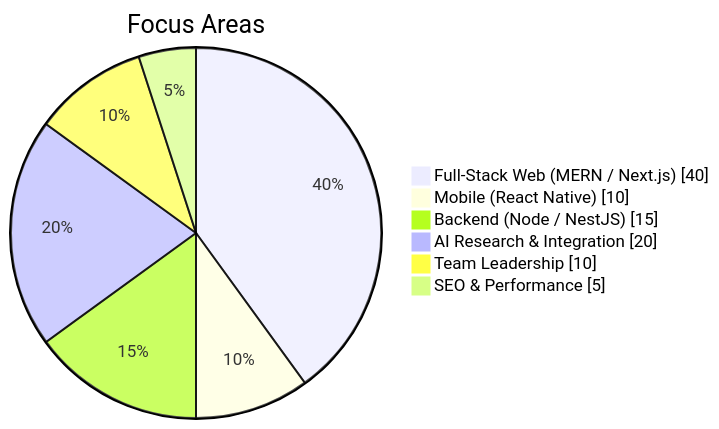
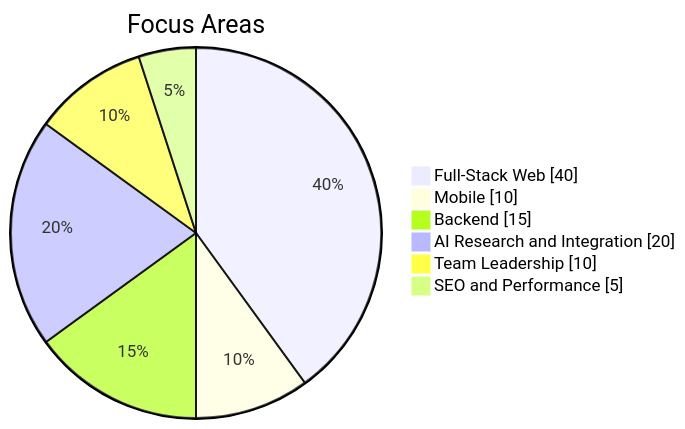
Before and after one commit to md-Gafrujama/md-Gafrujama: the first of 2 diagrams in README.md, drawn with Mermaid. The commit also changed other lines of this file, not shown here.

````diff
--- a/README.md
+++ b/README.md
@@ -182,10 +178,10 @@
 ```mermaid
 pie showData
     title Focus Areas
-    "Full-Stack Web (MERN / Next.js)" : 40
-    "Mobile (React Native)" : 10
-    "Backend (Node / NestJS)" : 15
-    "AI Research & Integration" : 20
+    "Full-Stack Web" : 40
+    "Mobile" : 10
+    "Backend" : 15
+    "AI Research and Integration" : 20
     "Team Leadership" : 10
-    "SEO & Performance" : 5
+    "SEO and Performance" : 5
 ```
````
